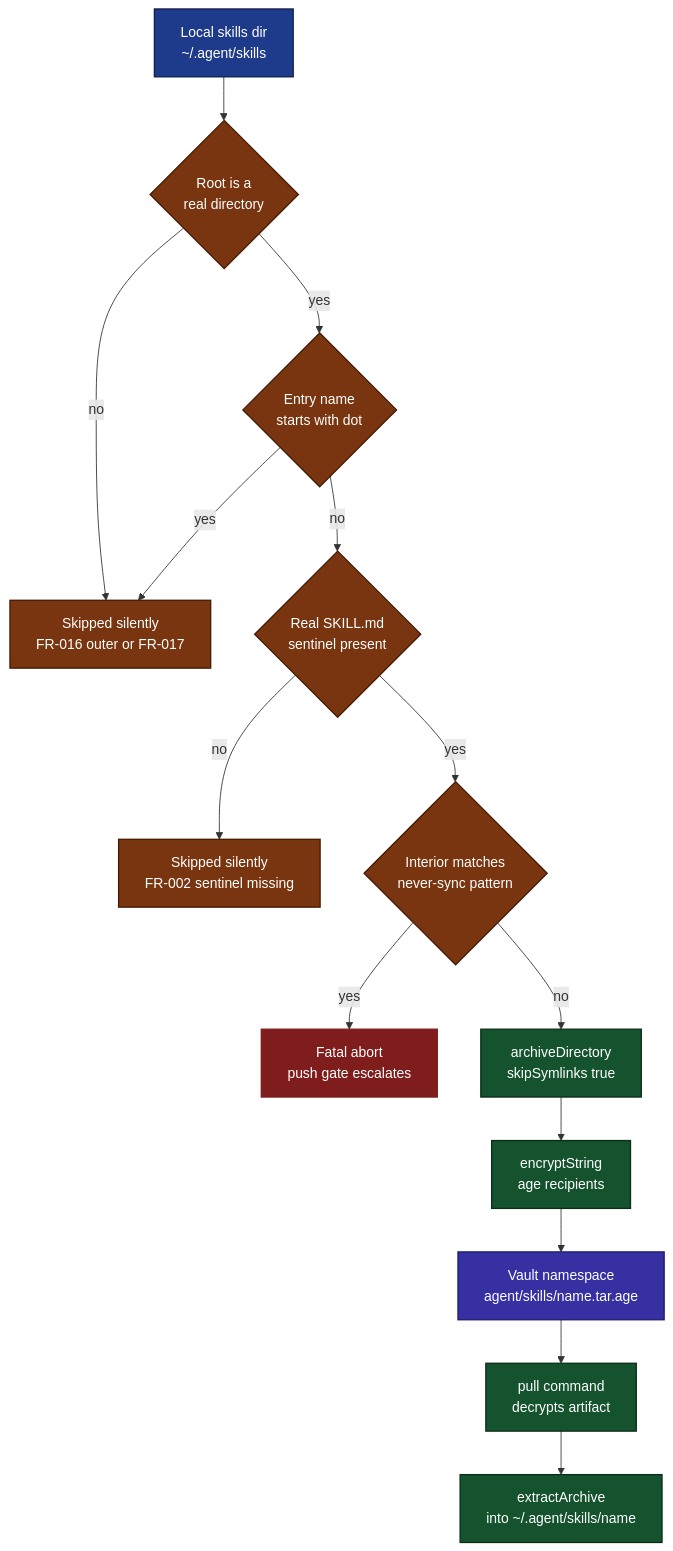
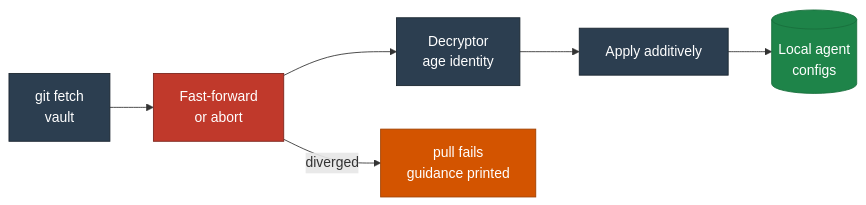
The third of 4 diagrams in docs/architecture.md (chrisleekr/agentsync), drawn with Mermaid before and after one commit. The commit also changed other lines of this file and 19 other files, not shown here.

````diff
--- a/docs/architecture.md
+++ b/docs/architecture.md
@@ -96,33 +93,20 @@
 ```mermaid
-flowchart TD
-	LocalDir["Local skills dir<br/>~/.agent/skills"]:::action
-	RootCheck{"Root is a<br/>real directory"}:::decision
-	DotCheck{"Entry name<br/>starts with dot"}:::decision
-	Sentinel{"Real SKILL.md<br/>sentinel present"}:::decision
-	NeverSync{"Interior matches<br/>never-sync pattern"}:::decision
-	TarStep["archiveDirectory<br/>skipSymlinks true"]:::keep
-	EncStep["encryptString<br/>age recipients"]:::keep
-	VaultEntry["Vault namespace<br/>agent/skills/name.tar.age"]:::vault
-	Pull["pull command<br/>decrypts artifact"]:::keep
-	Restore["extractArchive<br/>into ~/.agent/skills/name"]:::keep
-	SkipSilent["Skipped silently<br/>FR-016 outer or FR-017"]:::skip
-	SkipSentinel["Skipped silently<br/>FR-002 sentinel missing"]:::skip
-	Abort["Fatal abort<br/>push gate escalates"]:::fail
+flowchart LR
+    Fetch["git fetch<br/>vault"]:::step
+    FF["Fast-forward<br/>or abort"]:::gate
+    Decrypt["Decryptor<br/>age identity"]:::step
+    Apply["Apply additively"]:::step
+    Local[("Local agent<br/>configs")]:::remote
+    Abort["pull fails<br/>guidance printed"]:::abort
 
-	LocalDir --> RootCheck
-	RootCheck -- no --> SkipSilent
-	RootCheck -- yes --> DotCheck
-	DotCheck -- yes --> SkipSilent
-	DotCheck -- no --> Sentinel
-	Sentinel -- no --> SkipSentinel
-	Sentinel -- yes --> NeverSync
-	NeverSync -- yes --> Abort
-	NeverSync -- no --> TarStep --> EncStep --> VaultEntry --> Pull --> Restore
+    Fetch --> FF
+    FF -->|diverged| Abort
+    FF --> Decrypt
+    Decrypt --> Apply
+    Apply --> Local
 
-	classDef action fill:#1e3a8a,color:#ffffff,stroke:#0f1f4d,stroke-width:1.5px;
-	classDef decision fill:#78350f,color:#ffffff,stroke:#451a03,stroke-width:1.5px;
-	classDef keep fill:#14532d,color:#ffffff,stroke:#0a2d18,stroke-width:1.5px;
-	classDef vault fill:#3730a3,color:#ffffff,stroke:#1e1b6e,stroke-width:1.5px;
-	classDef skip fill:#78350f,color:#ffffff,stroke:#451a03,stroke-width:1.5px;
-	classDef fail fill:#7f1d1d,color:#ffffff,stroke:#7f1d1d,stroke-width:1.5px;
+    classDef step fill:#2c3e50,color:#ffffff,stroke:#1a252f
+    classDef gate fill:#c0392b,color:#ffffff,stroke:#7b241c
+    classDef remote fill:#1e8449,color:#ffffff,stroke:#196f3d
+    classDef abort fill:#d35400,color:#ffffff,stroke:#a04000
 ```
````
